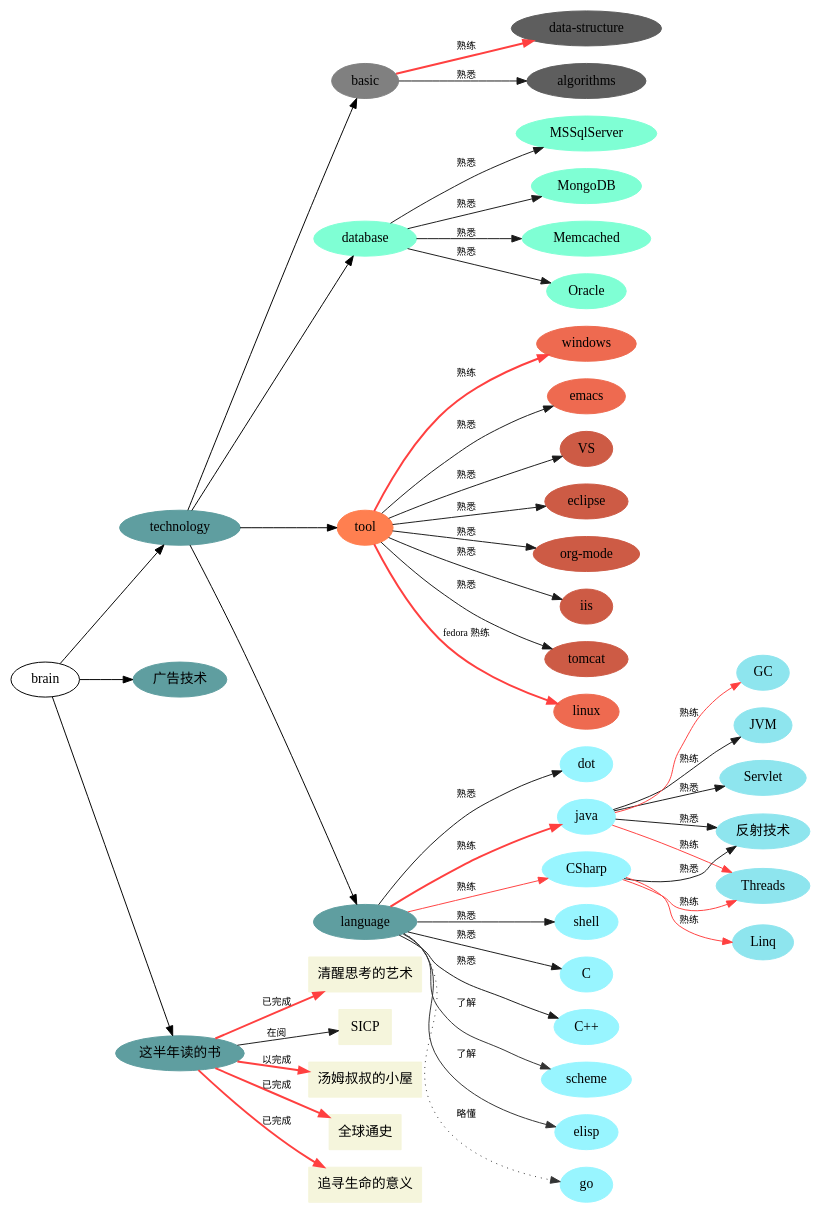
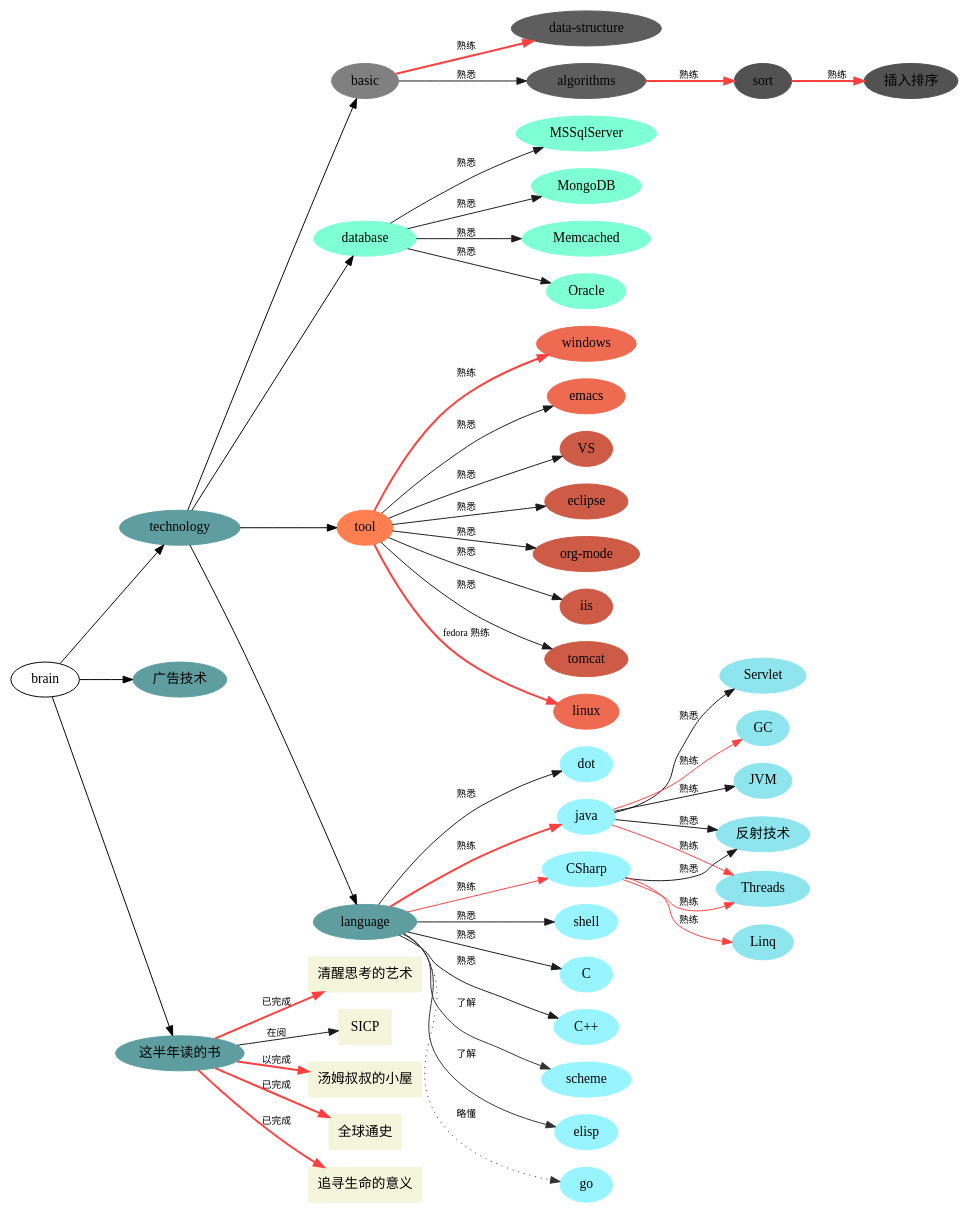
Before and after one commit to billnote/billnote.github.io: the diagram in sources/knowledge.org, drawn with Graphviz. The commit also changed 7 other files, not shown here.

Commit message:
add: algorithms sort

```diff
--- a/sources/knowledge.org
+++ b/sources/knowledge.org
@@ -66,6 +66,15 @@
   algorithms[color=gray37,style=filled]
   "data-structure"[color=gray37,style=filled]
 
+  sort[color=gray32,style=filled]
+  插入排序[color=gray32,style=filled,URL="",target="_blank"]
+
+  sort->插入排序[color=brown1,style=bold,label="熟练",fontsize=10]
+
+  algorithms->sort[color=brown1,style=bold,label="熟练",fontsize=10]
+
+
+
   basic->algorithms[color=grey10,label="熟悉",fontsize=10]
   basic->"data-structure"[color=brown1,style=bold,label="熟练",fontsize=10]
 
```
